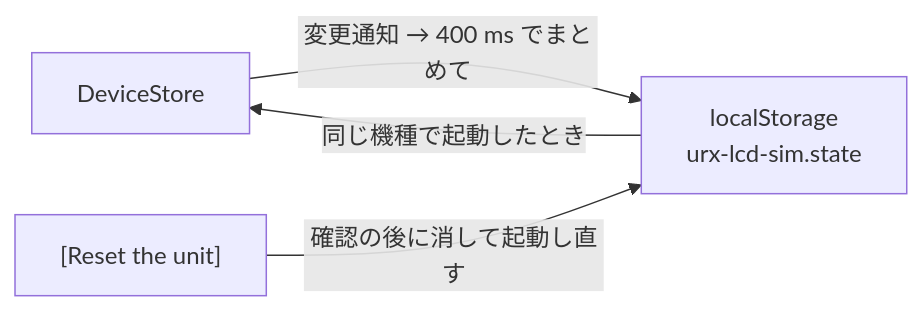
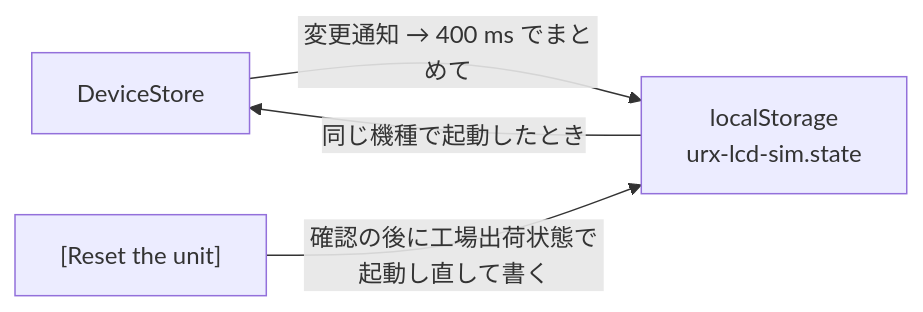
Before and after one commit to semnil/urx-lcd-sim: the second of 2 diagrams in docs/ja/architecture.md, drawn with Mermaid. The commit also changed other lines of this file and 8 other files, not shown here.

````diff
--- a/docs/ja/architecture.md
+++ b/docs/ja/architecture.md
@@ -120,6 +130,6 @@
 ```mermaid
 flowchart LR
   ST["DeviceStore"] -->|"変更通知 → 400 ms でまとめて"| LS["localStorage<br/>urx-lcd-sim.state"]
   LS -->|"同じ機種で起動したとき"| ST
-  RS["[Reset the unit]"] -->|"確認の後に消して起動し直す"| LS
+  RS["[Reset the unit]"] -->|"確認の後に工場出荷状態で起動し直して書く"| LS
 ```
````
